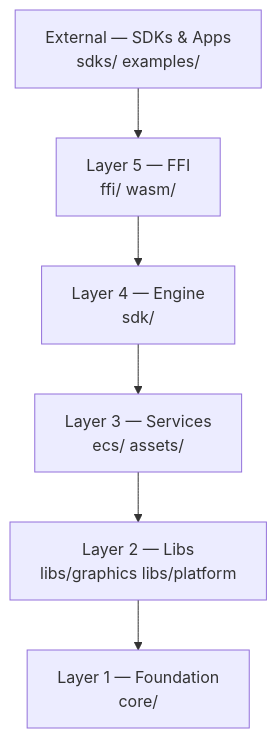
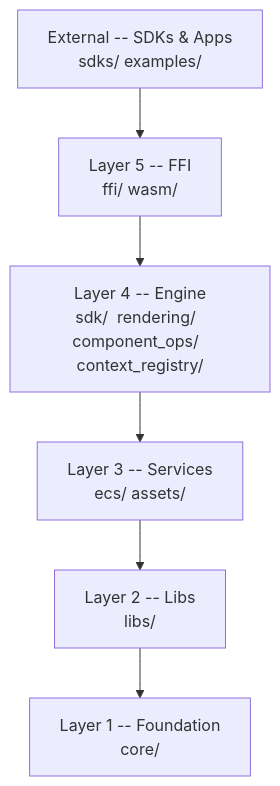
One commit to aram-devdocs/GoudEngine changed the diagram in ARCHITECTURE.md. Above: the diagram before and after it, drawn with Mermaid. The commit also changed other lines of this file and 47 other files, not shown here.

````diff
--- a/ARCHITECTURE.md
+++ b/ARCHITECTURE.md
@@ -41,15 +39,15 @@
 ```mermaid
 flowchart TD
-    EXT["External — SDKs & Apps\nsdks/  examples/"]
-    L5["Layer 5 — FFI\nffi/  wasm/"]
-    L4["Layer 4 — Engine\nsdk/"]
-    L3["Layer 3 — Services\necs/  assets/"]
-    L2["Layer 2 — Libs\nlibs/graphics  libs/platform"]
-    L1["Layer 1 — Foundation\ncore/"]
+    EXT["External -- SDKs & Apps\nsdks/  examples/"]
+    L5["Layer 5 -- FFI\nffi/  wasm/"]
+    L4["Layer 4 -- Engine\nsdk/  rendering/  component_ops/  context_registry/"]
+    L3["Layer 3 -- Services\necs/  assets/"]
+    L2["Layer 2 -- Libs\nlibs/"]
+    L1["Layer 1 -- Foundation\ncore/"]
 
     EXT --> L5
     L5 --> L4
     L4 --> L3
     L3 --> L2
     L2 --> L1
 ```
````
